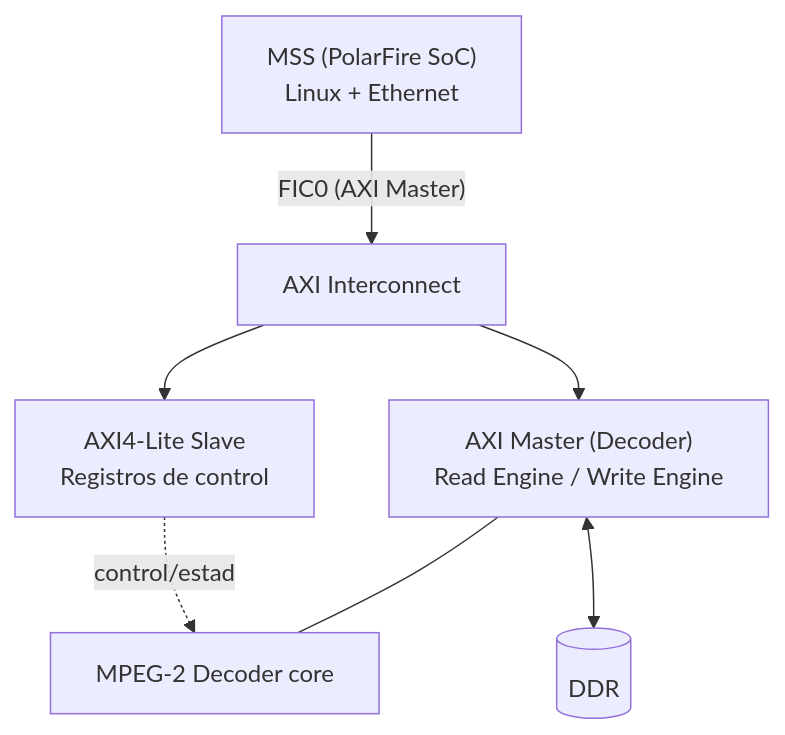
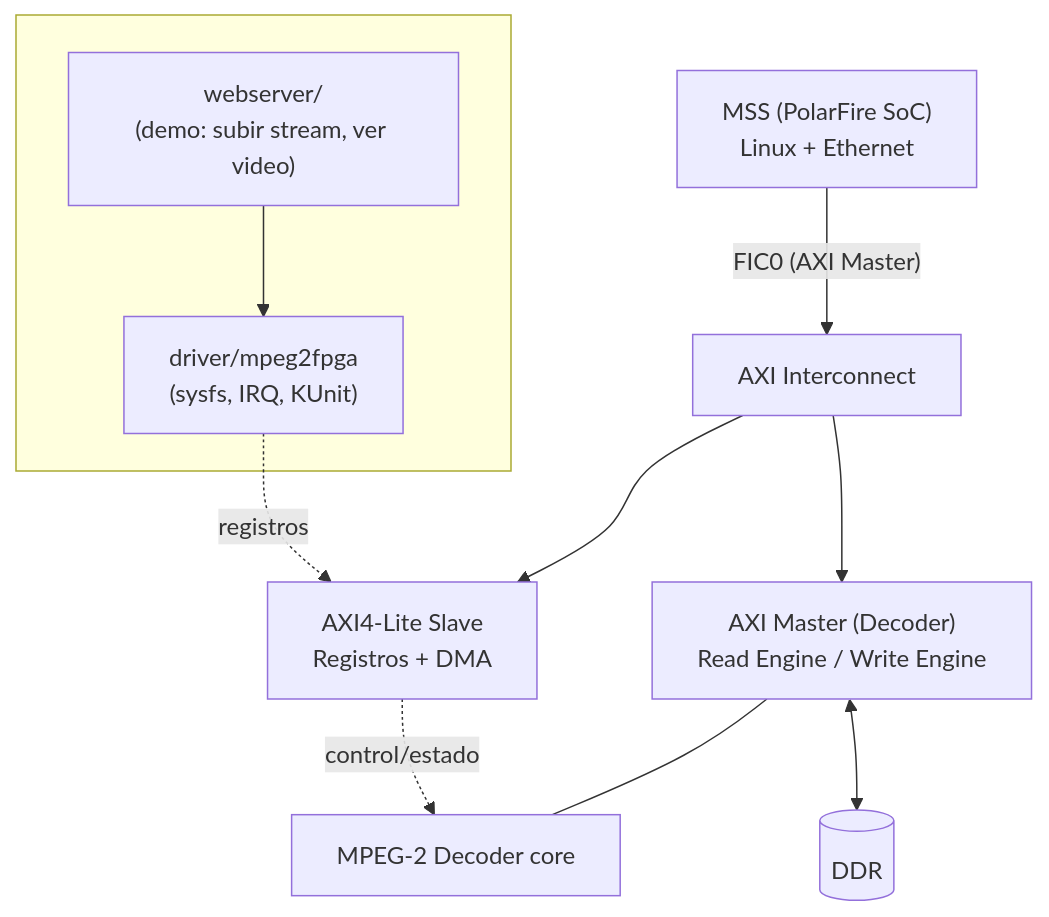
Before and after one commit to esbon125/tandem: the first of 2 diagrams in README.md, drawn with Mermaid. The commit also changed other lines of this file and 3 other files, not shown here.

````diff
--- a/README.md
+++ b/README.md
@@ -20,9 +55,16 @@
 ```mermaid
 flowchart TD
     MSS["MSS (PolarFire SoC)\nLinux + Ethernet"] -- "FIC0 (AXI Master)" --> ICN[AXI Interconnect]
-    ICN --> CTRL["AXI4-Lite Slave\nRegistros de control"]
+    ICN --> CTRL["AXI4-Lite Slave\nRegistros + DMA"]
     ICN --> DECM["AXI Master (Decoder)\nRead Engine / Write Engine"]
-    CTRL -.control/estado.-> DEC[MPEG-2 Decoder core]
+    CTRL -. "control/estado" .-> DEC[MPEG-2 Decoder core]
     DECM --- DEC
     DECM <--> DDR[(DDR)]
+
+    subgraph Linux [" "]
+      KDRV["driver/mpeg2fpga\n(sysfs, IRQ, KUnit)"]
+      WEB["webserver/\n(demo: subir stream, ver video)"]
+      WEB --> KDRV
+    end
+    KDRV -. "registros" .-> CTRL
 ```
````
